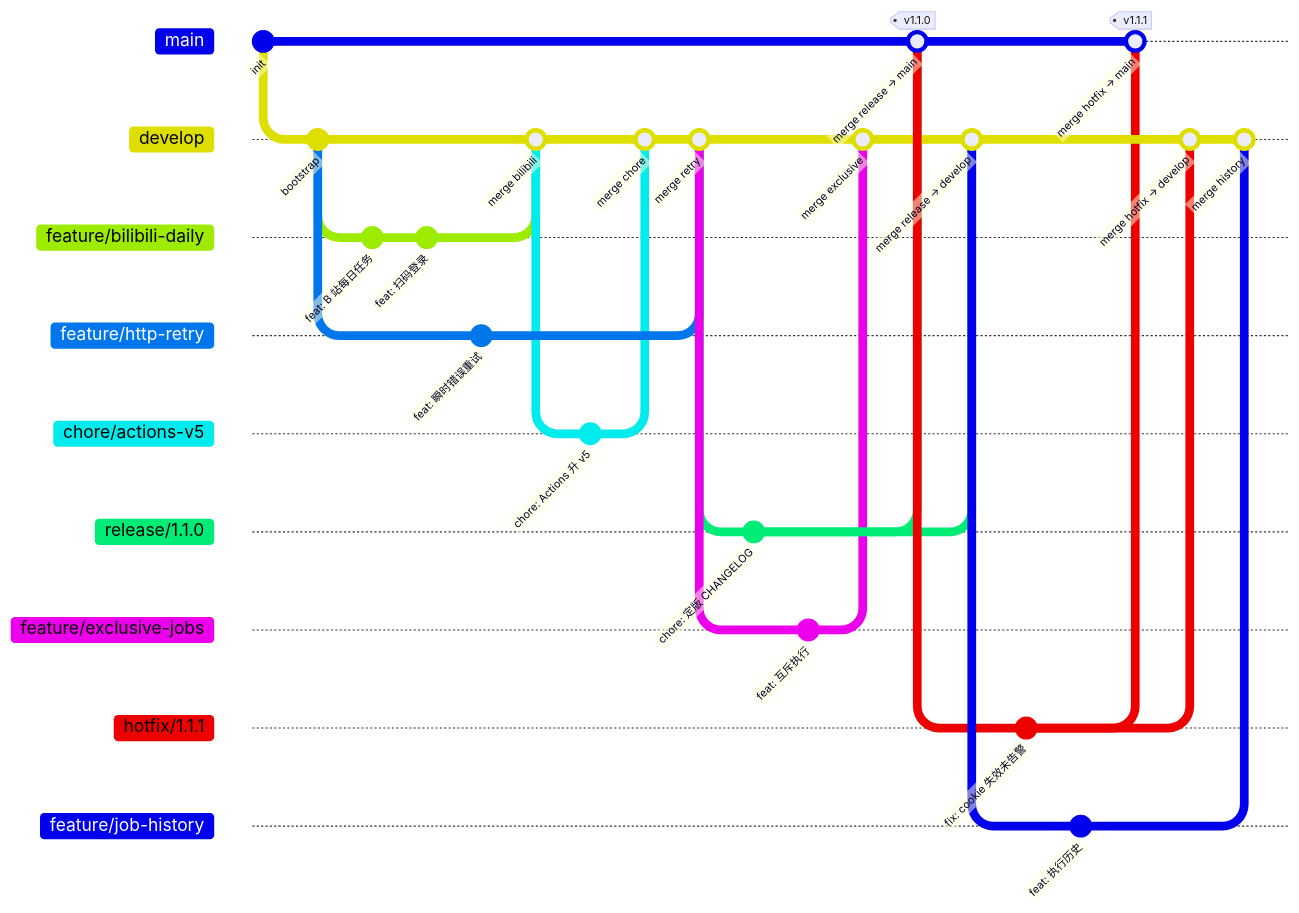
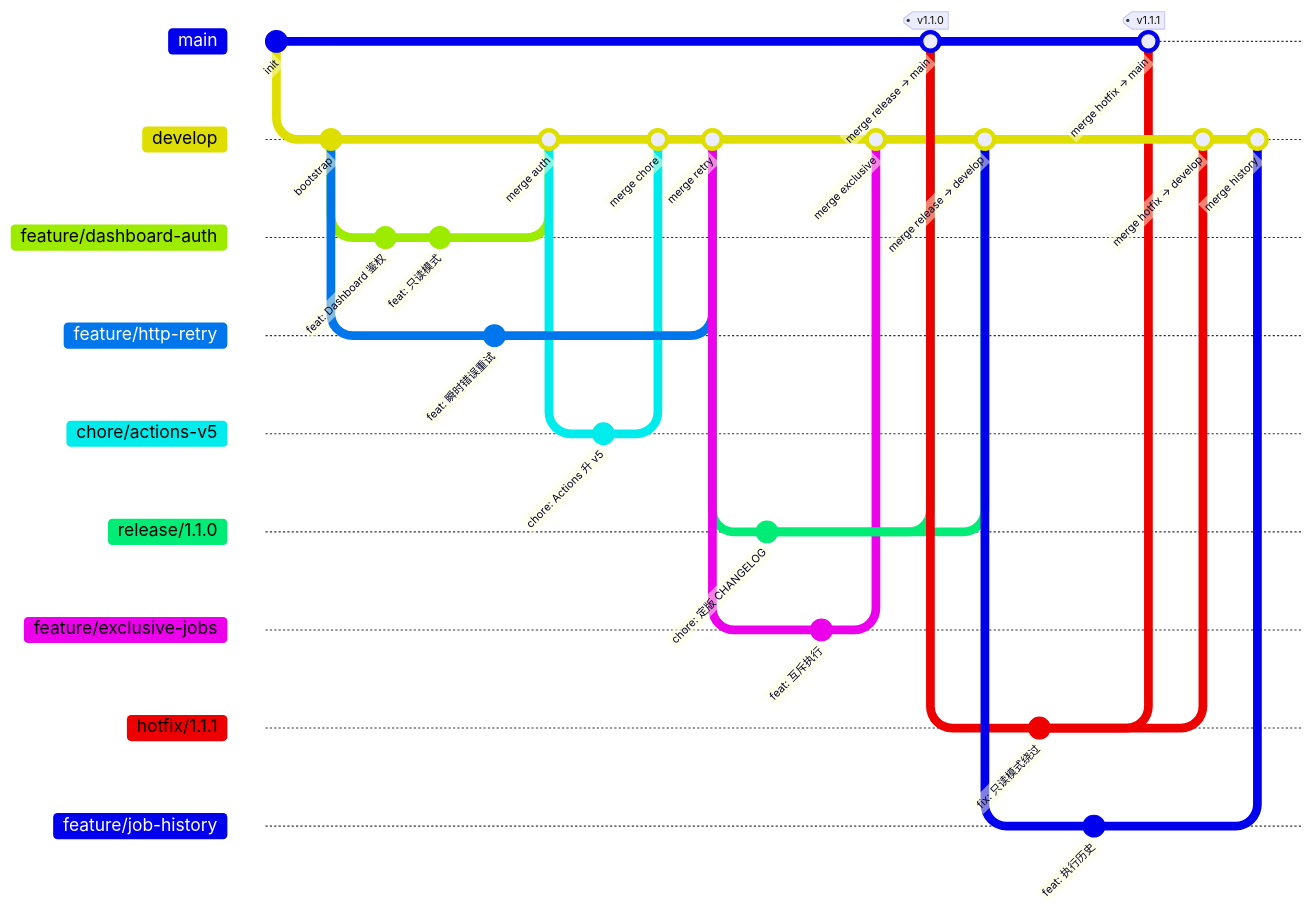
The diagram in docs/branch-management.md (ShenHaoCore/TaskRunner), drawn with Mermaid before and after one commit. The commit also changed 61 other files, not shown here.

````diff
--- a/docs/branch-management.md
+++ b/docs/branch-management.md
@@ -19,41 +19,41 @@
 ```mermaid
 gitGraph
     commit id: "init"
     branch "develop"
     commit id: "bootstrap"
-    branch "feature/bilibili-daily"
-    commit id: "feat: B 站每日任务"
-    commit id: "feat: 扫码登录"
+    branch "feature/dashboard-auth"
+    commit id: "feat: Dashboard 鉴权"
+    commit id: "feat: 只读模式"
     checkout "develop"
     branch "feature/http-retry"
     commit id: "feat: 瞬时错误重试"
     checkout "develop"
-    merge "feature/bilibili-daily" id: "merge bilibili"
+    merge "feature/dashboard-auth" id: "merge auth"
     branch "chore/actions-v5"
     commit id: "chore: Actions 升 v5"
     checkout "develop"
     merge "chore/actions-v5" id: "merge chore"
     merge "feature/http-retry" id: "merge retry"
     branch "release/1.1.0"
     commit id: "chore: 定版 CHANGELOG"
     checkout "develop"
     branch "feature/exclusive-jobs"
     commit id: "feat: 互斥执行"
     checkout "develop"
     merge "feature/exclusive-jobs" id: "merge exclusive"
     checkout "main"
     merge "release/1.1.0" id: "merge release → main" tag: "v1.1.0"
     checkout "develop"
     merge "release/1.1.0" id: "merge release → develop"
     checkout "main"
     branch "hotfix/1.1.1"
-    commit id: "fix: cookie 失效未告警"
+    commit id: "fix: 只读模式绕过"
     checkout "develop"
     branch "feature/job-history"
     commit id: "feat: 执行历史"
     checkout "main"
     merge "hotfix/1.1.1" id: "merge hotfix → main" tag: "v1.1.1"
     checkout "develop"
     merge "hotfix/1.1.1" id: "merge hotfix → develop"
     merge "feature/job-history" id: "merge history"
 ```
````
